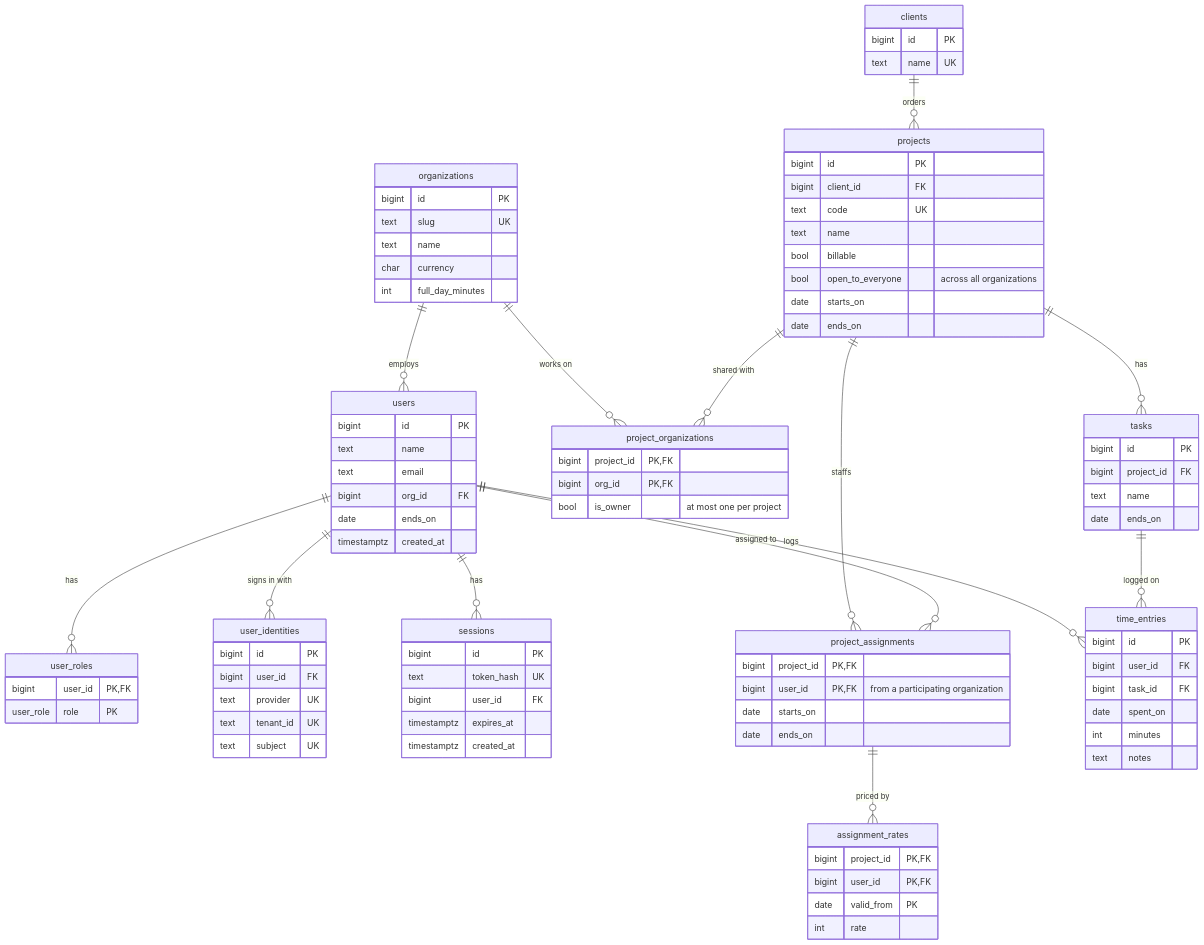
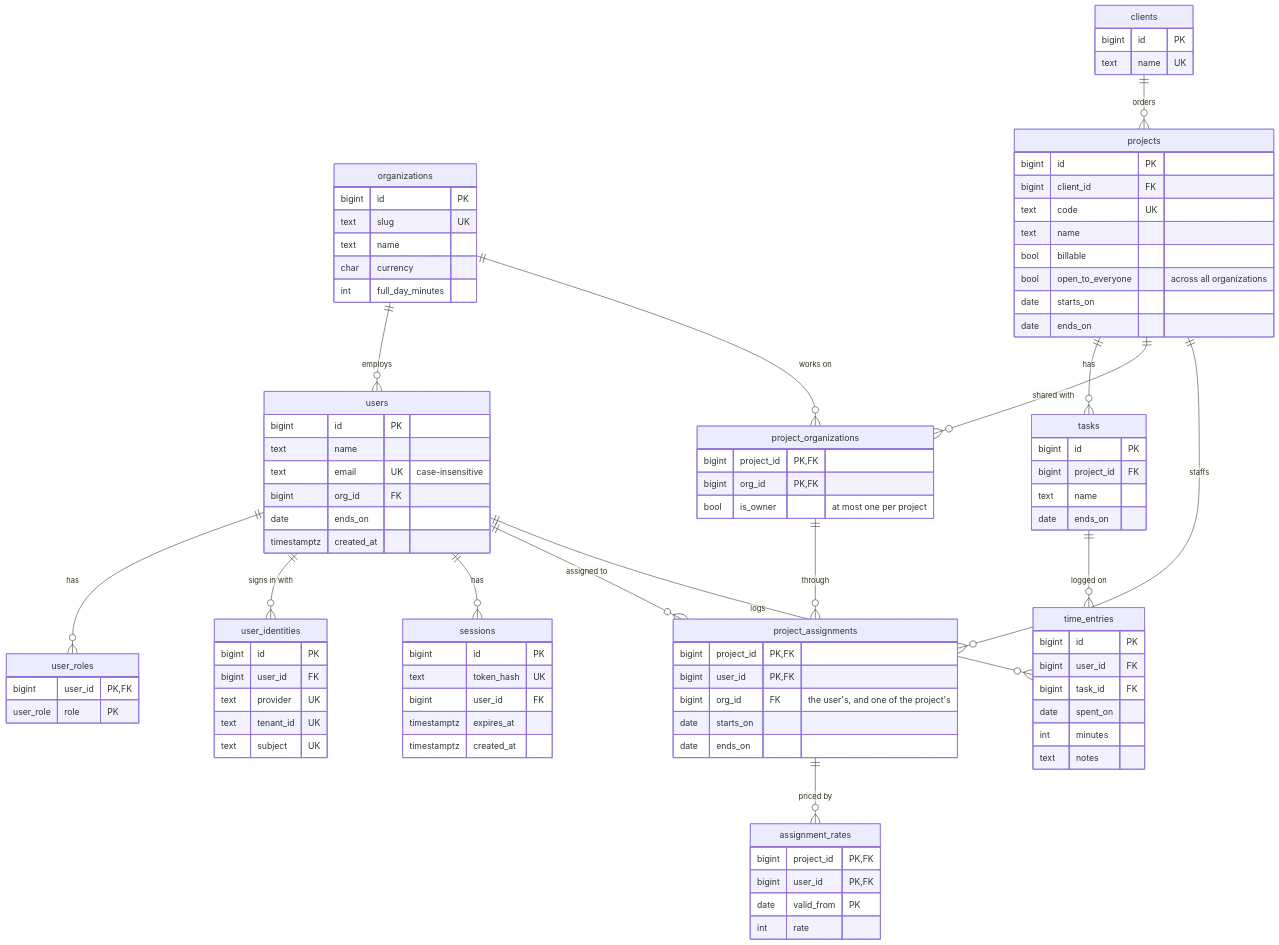
One commit to varianter/tid changed the diagram in packages/db/proposed.md. Above: the diagram before and after it, drawn with Mermaid. The commit also changed 26 other files, not shown here.

```diff
--- a/packages/db/proposed.md
+++ b/packages/db/proposed.md
@@ -9,6 +9,7 @@
 projects ||--o{ tasks : has
 projects ||--o{ project_organizations : "shared with"
 projects ||--o{ project_assignments : staffs
+project_organizations ||--o{ project_assignments : "through"
 users ||--o{ project_assignments : "assigned to"
 project_assignments ||--o{ assignment_rates : "priced by"
 users ||--o{ time_entries : logs
@@ -24,7 +25,7 @@
     users {
         bigint id PK
         text name
-        text email
+        text email UK "case-insensitive"
         bigint org_id FK
         date ends_on
         timestamptz created_at
@@ -74,7 +75,8 @@
     }
     project_assignments {
         bigint project_id PK, FK
-        bigint user_id PK, FK "from a participating organization"
+        bigint user_id PK, FK
+        bigint org_id FK "the user's, and one of the project's"
         date starts_on
         date ends_on
     }
```
